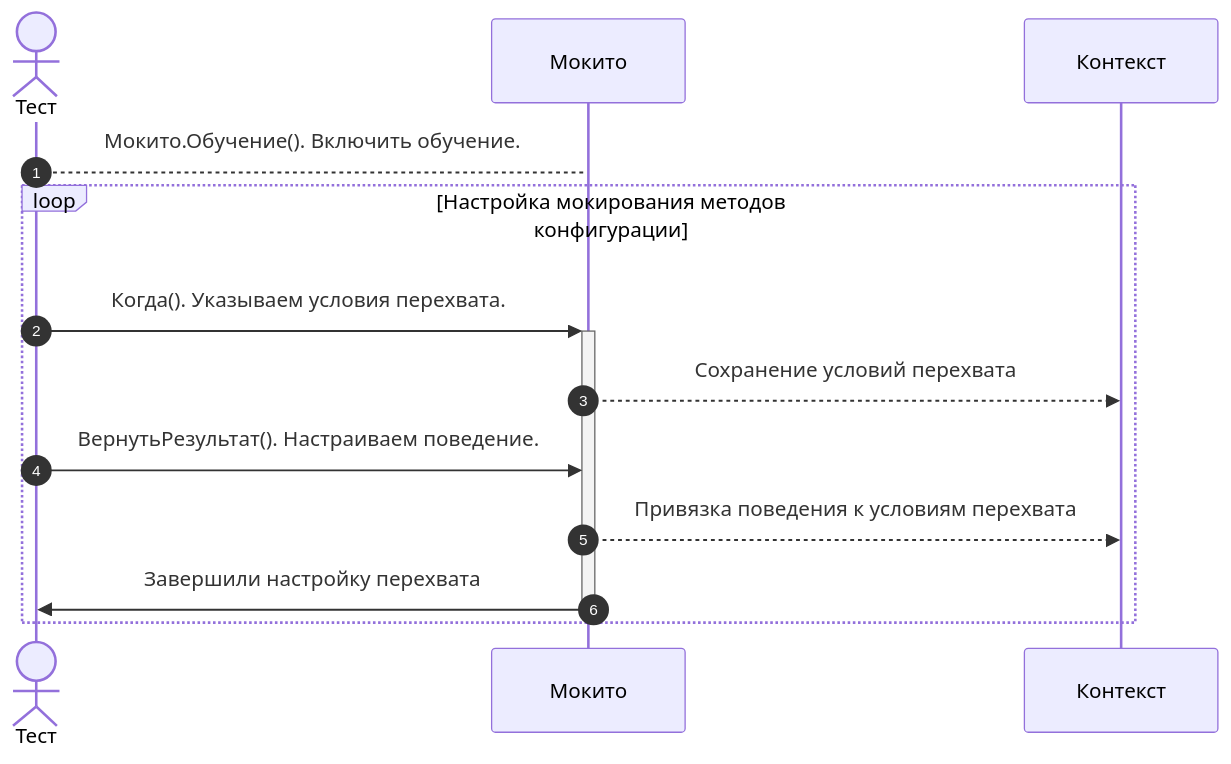
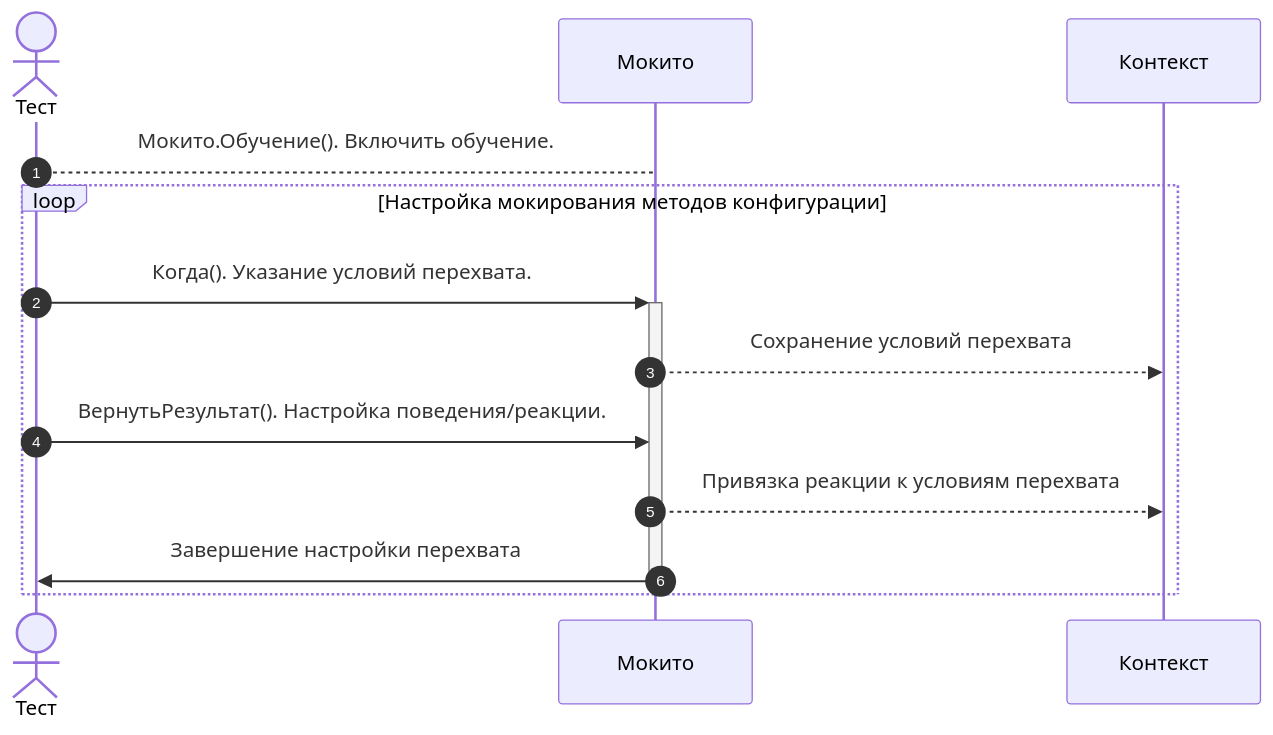
The first of 2 diagrams in documentation/docs/features/mocking/mockito/how-to.md (bia-technologies/yaxunit), drawn with Mermaid before and after one commit. The commit also changed other lines of this file and 1 other file, not shown here.

Commit message:
doc: принципы работы мокито

````diff
--- a/documentation/docs/features/mocking/mockito/how-to.md
+++ b/documentation/docs/features/mocking/mockito/how-to.md
@@ -119,15 +242,15 @@
 ```mermaid
 sequenceDiagram
     autonumber
     actor Тест
     participant Мокито
     participant Контекст
     Тест-->Мокито: Мокито.Обучение(). Включить обучение.
     loop Настройка мокирования методов конфигурации
-      Тест->>+Мокито: Когда(). Указываем условия перехвата.
+      Тест->>+Мокито: Когда(). Указание условий перехвата.
       Мокито-->>Контекст: Сохранение условий перехвата
-      Тест->>Мокито: ВернутьРезультат(). Настраиваем поведение.
-      Мокито-->>Контекст: Привязка поведения к условиям перехвата
-      Мокито->>-Тест: Завершили настройку перехвата
+      Тест->>Мокито: ВернутьРезультат(). Настройка поведения/реакции.
+      Мокито-->>Контекст: Привязка реакции к условиям перехвата
+      Мокито->>-Тест: Завершение настройки перехвата
     end
 ```
````
